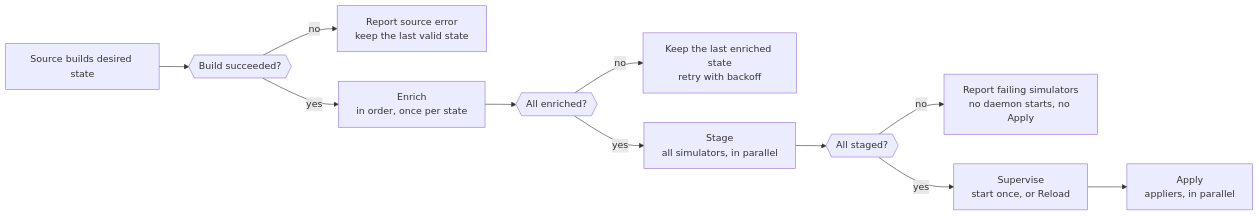
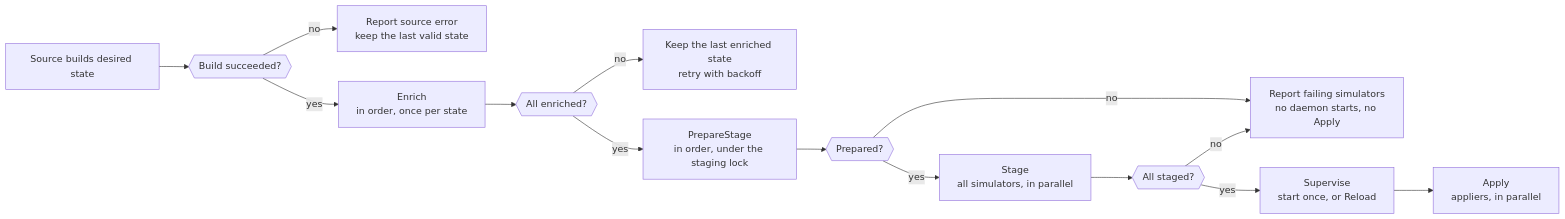
Before and after one commit to NVIDIA/k8s-test-infra: the diagram in docs/components/node-daemon.md, drawn with Mermaid. The commit also changed other lines of this file and 10 other files, not shown here.

````diff
--- a/docs/components/node-daemon.md
+++ b/docs/components/node-daemon.md
@@ -87,13 +88,16 @@
 ```mermaid
 flowchart LR
     source[Source builds desired state] --> valid{{Build succeeded?}}
     valid -->|no| invalid[Report source error<br/>keep the last valid state]
     valid -->|yes| enrich[Enrich<br/>in order, once per state]
     enrich --> enriched{{All enriched?}}
     enriched -->|no| retry[Keep the last enriched state<br/>retry with backoff]
-    enriched -->|yes| stage[Stage<br/>all simulators, in parallel]
+    enriched -->|yes| prepare[PrepareStage<br/>in order, under the staging lock]
+    prepare --> prepared{{Prepared?}}
+    prepared -->|no| fail
+    prepared -->|yes| stage[Stage<br/>all simulators, in parallel]
     stage --> barrier{{All staged?}}
     barrier -->|no| fail[Report failing simulators<br/>no daemon starts, no Apply]
     barrier -->|yes| daemons[Supervise<br/>start once, or Reload]
     daemons --> apply[Apply<br/>appliers, in parallel]
 ```
````
